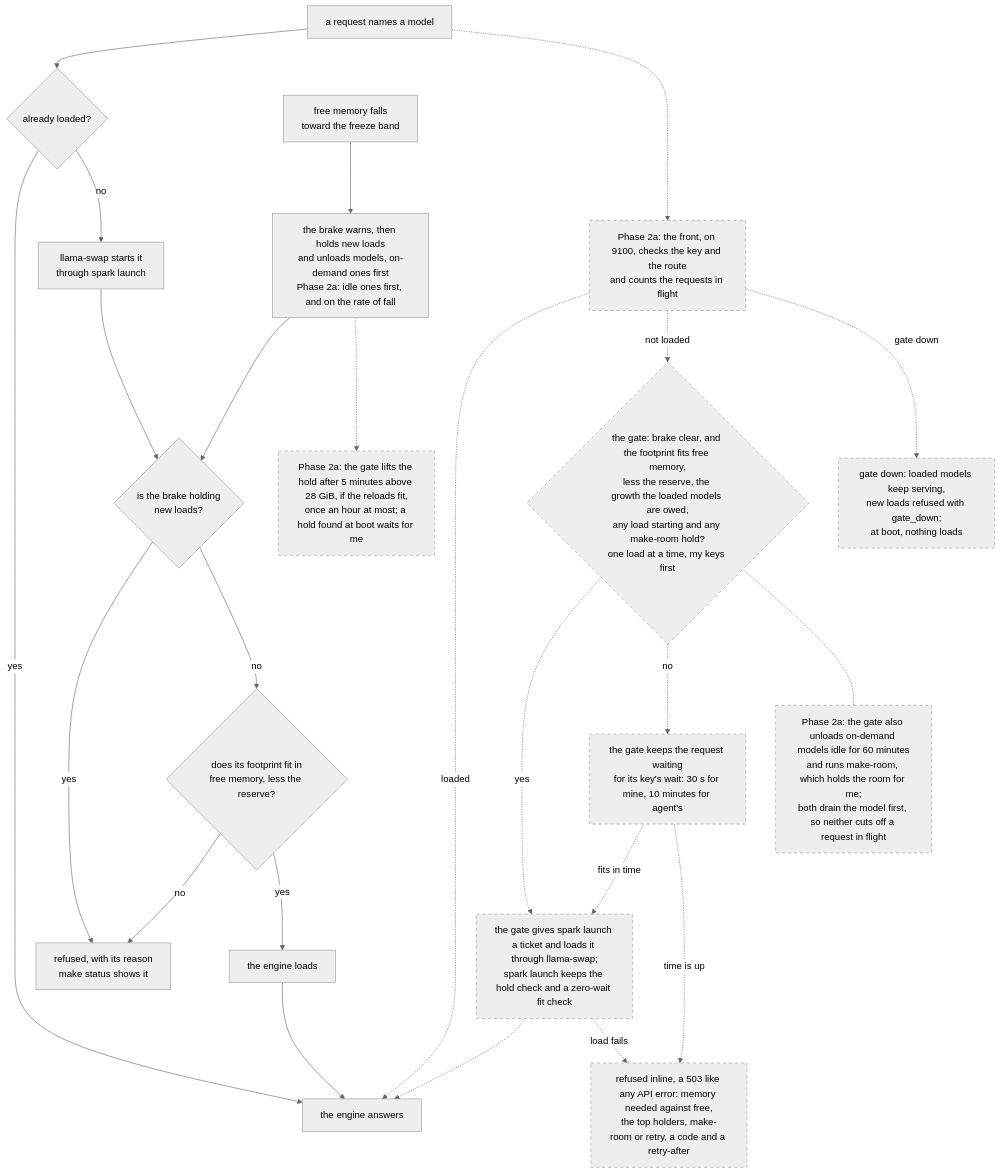
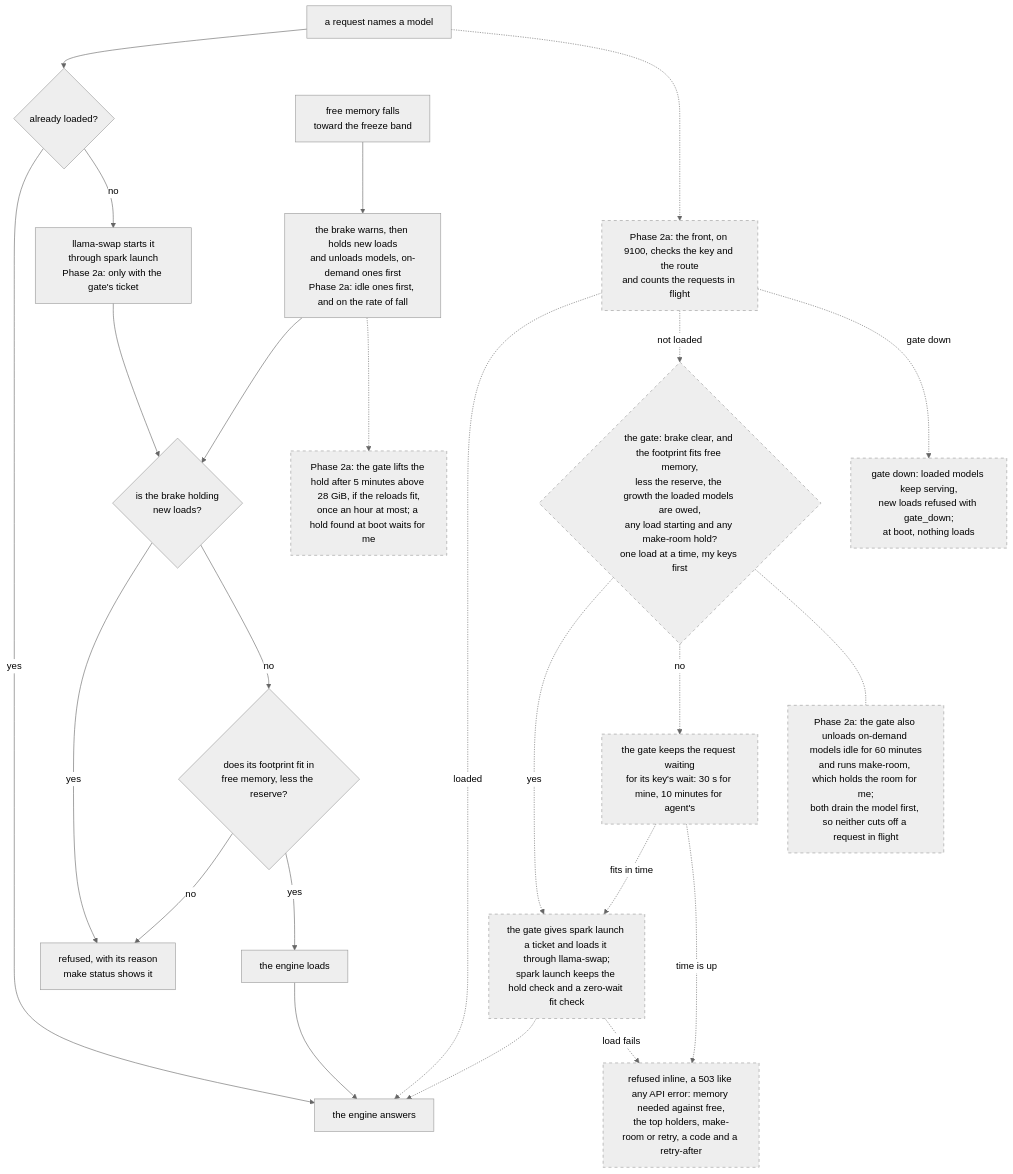
One commit to chendaniely/local-ai changed the third of 4 diagrams in website/architecture.qmd. Above: the diagram before and after it, drawn with Mermaid (neutral theme). The commit also changed other lines of this file and 4 other files, not shown here.

````diff
--- a/website/architecture.qmd
+++ b/website/architecture.qmd
@@ -177,37 +180,37 @@
 ```{mermaid}
 flowchart TD
   classDef planned stroke-dasharray: 5 5
 
   req["a request names a model"] --> loaded{"already loaded?"}
   loaded -- yes --> answer["the engine answers"]
-  loaded -- no --> launch["llama-swap starts it<br/>through spark launch"]
+  loaded -- no --> launch["llama-swap starts it<br/>through spark launch<br/>Phase 2a: only with the gate's ticket"]
   launch --> held{"is the brake holding<br/>new loads?"}
   held -- yes --> refuse["refused, with its reason<br/>make status shows it"]
   held -- no --> fits{"does its footprint fit in<br/>free memory, less the reserve?"}
   fits -- no --> refuse
   fits -- yes --> load["the engine loads"] --> answer
   low["free memory falls<br/>toward the freeze band"] --> brake["the brake warns, then holds new loads<br/>and unloads models, on-demand ones first<br/>Phase 2a: idle ones first, and on the rate of fall"]
   brake --> held
 
   front["Phase 2a: the front, on 9100, checks the key and the route<br/>and counts the requests in flight"]:::planned
   gdown["gate down: loaded models keep serving,<br/>new loads refused with gate_down;<br/>at boot, nothing loads"]:::planned
   ask{"the gate: brake clear, and the footprint fits free memory,<br/>less the reserve, the growth the loaded models are owed,<br/>any load starting and any make-room hold?<br/>one load at a time, my keys first"}:::planned
   gload["the gate gives spark launch a ticket and loads it through llama-swap;<br/>spark launch keeps the hold check and a zero-wait fit check"]:::planned
   hold["the gate keeps the request waiting<br/>for its key's wait: 30 s for mine, 10 minutes for agent's"]:::planned
   inline["refused inline, a 503 like any API error: memory needed against free,<br/>the top holders, make-room or retry, a code and a retry-after"]:::planned
   release["Phase 2a: the gate lifts the hold after 5 minutes above 28 GiB, if the reloads fit,<br/>once an hour at most; a hold found at boot waits for me"]:::planned
   idle["Phase 2a: the gate also unloads on-demand models idle for 60 minutes<br/>and runs make-room, which holds the room for me;<br/>both drain the model first, so neither cuts off a request in flight"]:::planned
 
   req -.-> front
   front -. loaded .-> answer
   front -. "not loaded" .-> ask
   front -. "gate down" .-> gdown
   ask -. yes .-> gload
   gload -.-> answer
   gload -. "load fails" .-> inline
   ask -. no .-> hold
   hold -. "fits in time" .-> gload
   hold -. "time is up" .-> inline
   brake -.-> release
   ask -.- idle
 ```
````
